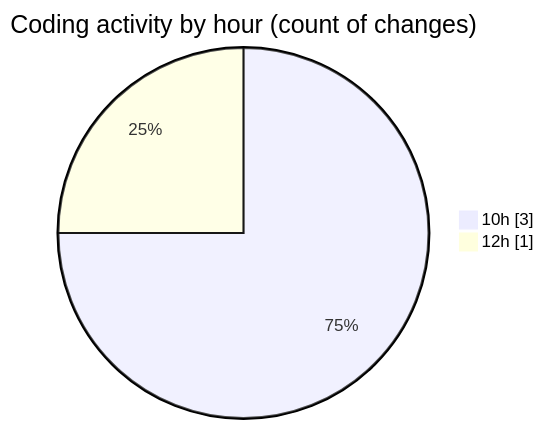
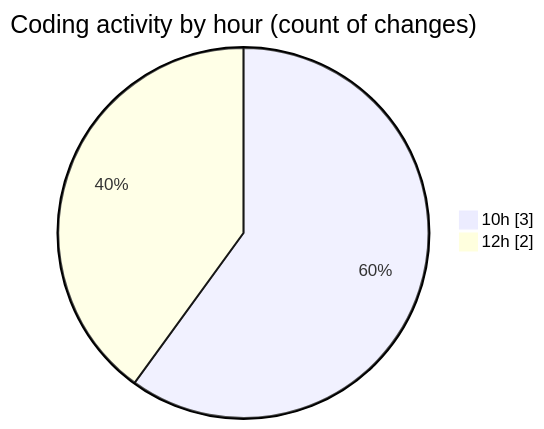
The second of 2 diagrams in 2025-09-06/www/README.md (vahidmafi/code-tracking), drawn with Mermaid before and after one commit. The commit also changed other lines of this file and 1 other file, not shown here.

````diff
--- a/2025-09-06/www/README.md
+++ b/2025-09-06/www/README.md
@@ -29,6 +29,6 @@
 ```mermaid
 pie showData
 title Coding activity by hour (count of changes)
 "10h" : 3
-"12h" : 1
+"12h" : 2
 ```
````
